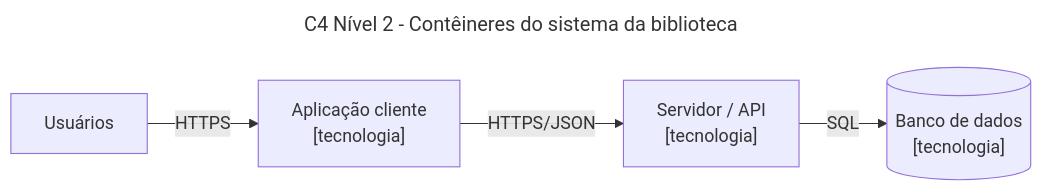
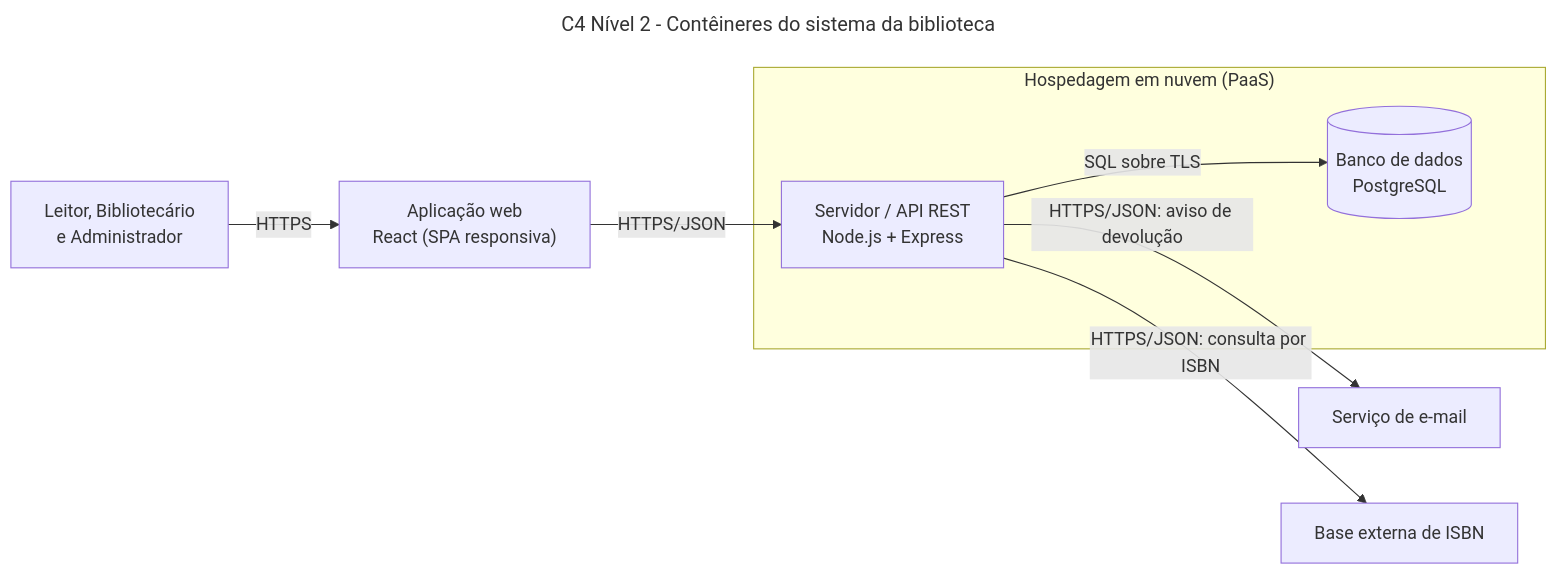
One commit to ArrayOfLoot/biblioteca-comunitaria changed the second of 4 diagrams in README.md. Above: the diagram before and after it, drawn with Mermaid. The commit also changed other lines of this file, not shown here.

Commit message:
c4 nivel 2 - conteiners

````diff
--- a/README.md
+++ b/README.md
@@ -103,9 +103,15 @@
 ```mermaid
 ---
 title: C4 Nível 2 - Contêineres do sistema da biblioteca
 ---
 flowchart LR
-    Usuario["Usuários"] -->|"HTTPS"| Cliente["Aplicação cliente<br/>[tecnologia]"]
-    Cliente -->|"HTTPS/JSON"| Api["Servidor / API<br/>[tecnologia]"]
-    Api -->|"SQL"| Bd[("Banco de dados<br/>[tecnologia]")]
+    Usuarios["Leitor, Bibliotecário<br/>e Administrador"] -->|"HTTPS"| Web["Aplicação web<br/>React (SPA responsiva)"]
+    subgraph Nuvem["Hospedagem em nuvem (PaaS)"]
+        Api["Servidor / API REST<br/>Node.js + Express"]
+        Bd[("Banco de dados<br/>PostgreSQL")]
+    end
+    Web -->|"HTTPS/JSON"| Api
+    Api -->|"SQL sobre TLS"| Bd
+    Api -->|"HTTPS/JSON: aviso de devolução"| Email["Serviço de e-mail"]
+    Api -->|"HTTPS/JSON: consulta por ISBN"| Isbn["Base externa de ISBN"]
 ```
````
